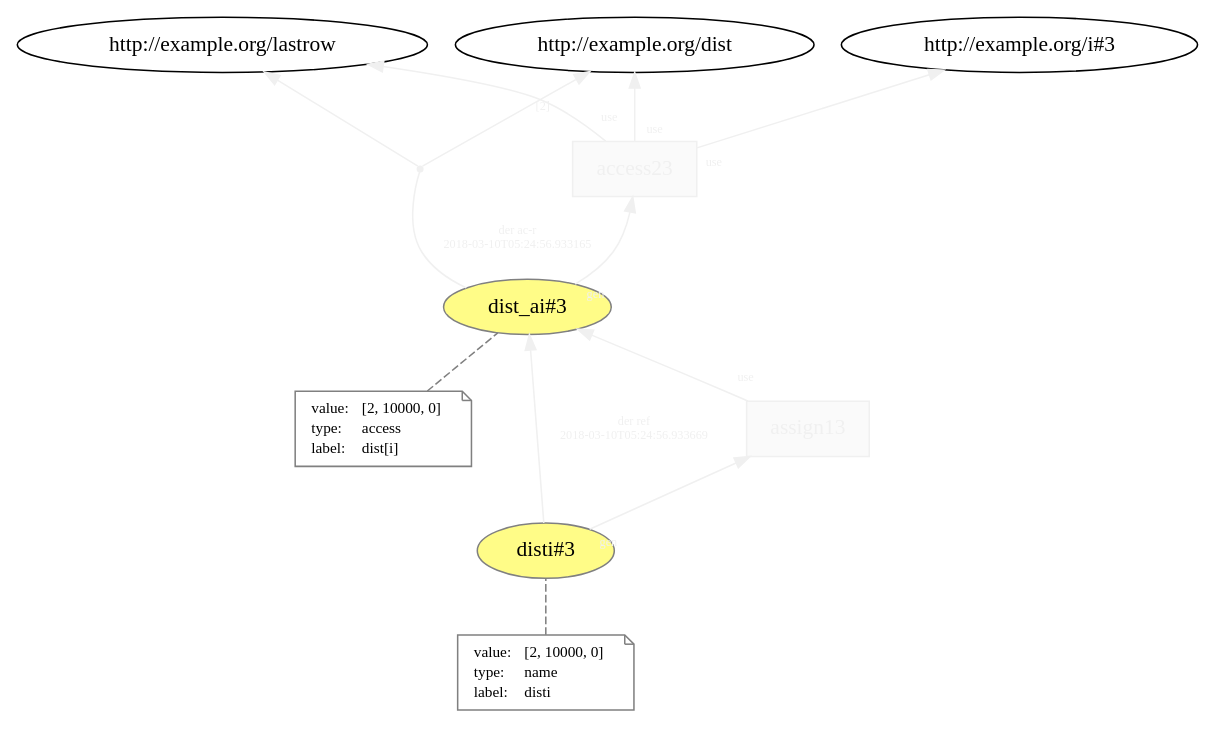
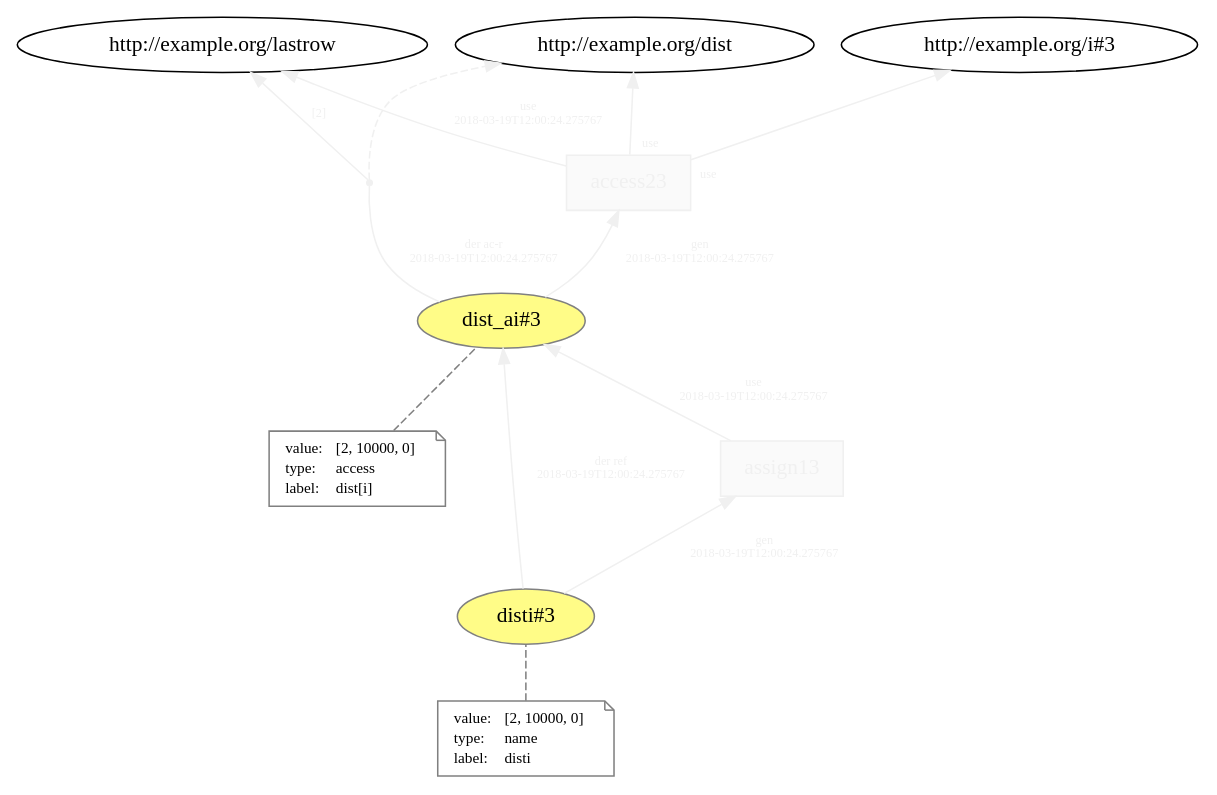
One commit to dew-uff/versioned-prov changed the diagram in generated/intertwined_prov/temp/L16__access__assign_3.dot. Above: the diagram before and after it, drawn with Graphviz. The commit also changed 619 other files, not shown here.

```diff
--- a/generated/intertwined_prov/temp/L16__access__assign_3.dot
+++ b/generated/intertwined_prov/temp/L16__access__assign_3.dot
@@ -1,49 +1,53 @@
 digraph "PROV" { size="16,12"; rankdir="BT";
 "http://example.org/dist_ai#3" [fillcolor="#FFFC87",color="#808080",style="filled",label="dist_ai#3",URL="http://example.org/dist_ai#3"]
 "-attrs0" [color="gray",shape="note",fontsize="10",fontcolor="black",label=<<TABLE cellpadding="0" border="0">
 	<TR>
 	    <TD align="left">value:</TD>
 	    <TD align="left">[2, 10000, 0]</TD>
 	</TR>
 	<TR>
 	    <TD align="left">type:</TD>
 	    <TD align="left">access</TD>
 	</TR>
 	<TR>
 	    <TD align="left">label:</TD>
 	    <TD align="left">dist[i]</TD>
 	</TR>
 </TABLE>>]
 "-attrs0" -> "http://example.org/dist_ai#3" [color="gray",style="dashed",arrowhead="none"]
 "http://example.org/access23" [fillcolor="#FAFAFA",color="#F0F0F0",shape="polygon",sides="4",style="filled",fontcolor="#F0F0F0",label="access23",URL="http://example.org/access23"]
 "bn0" [shape="point",label="",fontcolor="#F0F0F0",color="#F0F0F0"]
 "http://example.org/dist_ai#3" -> "bn0" [fontsize="8",distance="1.5",angle="60.0",rotation="20",label="der ac-r
-2018-03-10T05:24:56.933165",arrowhead="none",fontcolor="#F0F0F0",color="#F0F0F0"]
-"bn0" -> "http://example.org/dist" [fontsize="8",distance="1.5",angle="60.0",rotation="20",label="[2]",fontcolor="#F0F0F0",color="#F0F0F0"]
-"bn0" -> "http://example.org/lastrow" [fontcolor="#F0F0F0",color="#F0F0F0"]
+2018-03-19T12:00:24.275767",arrowhead="none",fontcolor="#F0F0F0",color="#F0F0F0"]
+"bn0" -> "http://example.org/dist" [style="dashed",fontcolor="#F0F0F0",color="#F0F0F0"]
+"bn0" -> "http://example.org/lastrow" [fontsize="8",distance="1.5",angle="60.0",rotation="20",label="[2]",fontcolor="#F0F0F0",color="#F0F0F0"]
 "http://example.org/access23" -> "http://example.org/dist" [labelfontsize="8",labeldistance="1.5",labelangle="60.0",rotation="20",taillabel="use",fontcolor="#F0F0F0",color="#F0F0F0"]
 "http://example.org/access23" -> "http://example.org/i#3" [labelfontsize="8",labeldistance="1.5",labelangle="60.0",rotation="20",taillabel="use",fontcolor="#F0F0F0",color="#F0F0F0"]
 "http://example.org/disti#3" [fillcolor="#FFFC87",color="#808080",style="filled",label="disti#3",URL="http://example.org/disti#3"]
 "-attrs1" [color="gray",shape="note",fontsize="10",fontcolor="black",label=<<TABLE cellpadding="0" border="0">
 	<TR>
 	    <TD align="left">value:</TD>
 	    <TD align="left">[2, 10000, 0]</TD>
 	</TR>
 	<TR>
 	    <TD align="left">type:</TD>
 	    <TD align="left">name</TD>
 	</TR>
 	<TR>
 	    <TD align="left">label:</TD>
 	    <TD align="left">disti</TD>
 	</TR>
 </TABLE>>]
 "-attrs1" -> "http://example.org/disti#3" [color="gray",style="dashed",arrowhead="none"]
 "http://example.org/assign13" [fillcolor="#FAFAFA",color="#F0F0F0",shape="polygon",sides="4",style="filled",fontcolor="#F0F0F0",label="assign13",URL="http://example.org/assign13"]
 "http://example.org/disti#3" -> "http://example.org/dist_ai#3" [fontsize="8",distance="1.5",angle="60.0",rotation="20",label="der ref
-2018-03-10T05:24:56.933669",fontcolor="#F0F0F0",color="#F0F0F0"]
-"http://example.org/access23" -> "http://example.org/lastrow" [labelfontsize="8",labeldistance="1.5",labelangle="60.0",rotation="20",taillabel="use",fontcolor="#F0F0F0",color="#F0F0F0"]
-"http://example.org/assign13" -> "http://example.org/dist_ai#3" [labelfontsize="8",labeldistance="1.5",labelangle="60.0",rotation="20",taillabel="use",fontcolor="#F0F0F0",color="#F0F0F0"]
-"http://example.org/dist_ai#3" -> "http://example.org/access23" [labelfontsize="8",labeldistance="1.5",labelangle="60.0",rotation="20",taillabel="gen",fontcolor="#F0F0F0",color="#F0F0F0"]
-"http://example.org/disti#3" -> "http://example.org/assign13" [labelfontsize="8",labeldistance="1.5",labelangle="60.0",rotation="20",taillabel="gen",fontcolor="#F0F0F0",color="#F0F0F0"]
+2018-03-19T12:00:24.275767",fontcolor="#F0F0F0",color="#F0F0F0"]
+"http://example.org/assign13" -> "http://example.org/dist_ai#3" [fontsize="8",distance="1.5",angle="60.0",rotation="20",label="use
+2018-03-19T12:00:24.275767",fontcolor="#F0F0F0",color="#F0F0F0"]
+"http://example.org/access23" -> "http://example.org/lastrow" [fontsize="8",distance="1.5",angle="60.0",rotation="20",label="use
+2018-03-19T12:00:24.275767",fontcolor="#F0F0F0",color="#F0F0F0"]
+"http://example.org/dist_ai#3" -> "http://example.org/access23" [fontsize="8",distance="1.5",angle="60.0",rotation="20",label="gen
+2018-03-19T12:00:24.275767",fontcolor="#F0F0F0",color="#F0F0F0"]
+"http://example.org/disti#3" -> "http://example.org/assign13" [fontsize="8",distance="1.5",angle="60.0",rotation="20",label="gen
+2018-03-19T12:00:24.275767",fontcolor="#F0F0F0",color="#F0F0F0"]
 }
```
